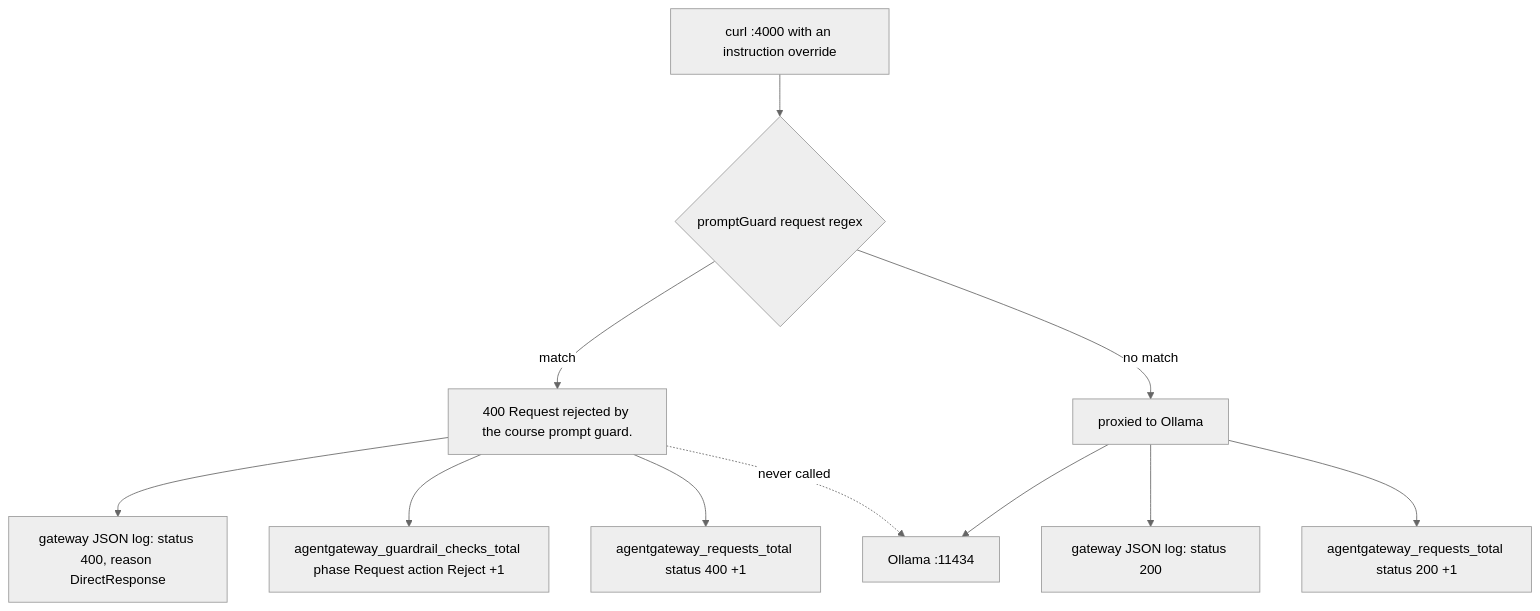
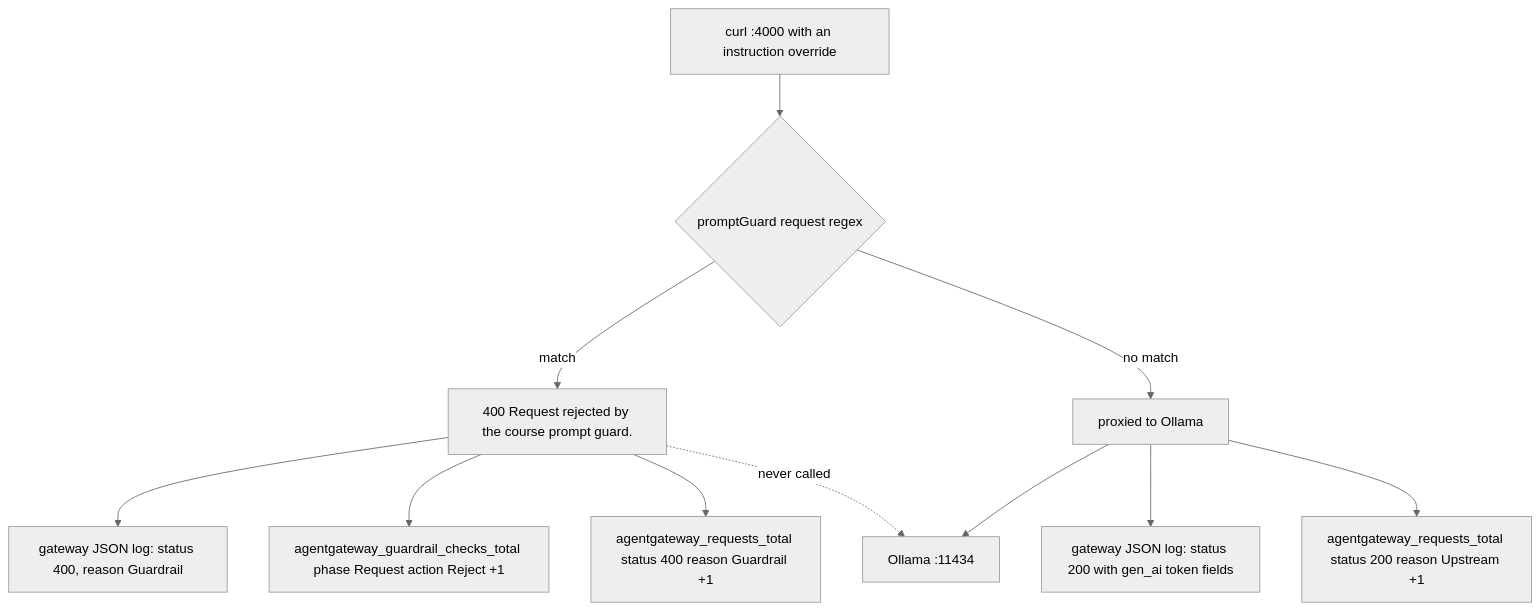
Before and after one commit to LuiGGi629/agentops-open-course: the first of 2 diagrams in content/5. Gateway/5.6. Gateway Observability.md, drawn with Mermaid (neutral theme). The commit also changed other lines of this file and 58 other files, not shown here.

````diff
--- a/content/5. Gateway/5.6. Gateway Observability.md
+++ b/content/5. Gateway/5.6. Gateway Observability.md
@@ -55,13 +34,13 @@
 ```mermaid
 flowchart TD
     Curl[curl :4000 with an instruction override] --> Guard{promptGuard request regex}
     Guard -->|match| Reject[400 Request rejected by the course prompt guard.]
-    Reject --> Log["gateway JSON log: status 400, reason DirectResponse"]
+    Reject --> Log["gateway JSON log: status 400, reason Guardrail"]
     Reject --> Metric["agentgateway_guardrail_checks_total phase Request action Reject +1"]
-    Reject --> Counter["agentgateway_requests_total status 400 +1"]
+    Reject --> Counter["agentgateway_requests_total status 400 reason Guardrail +1"]
     Reject -.->|never called| Ollama[Ollama :11434]
     Guard -->|no match| Allow[proxied to Ollama]
     Allow --> Ollama
-    Allow --> Log2["gateway JSON log: status 200"]
-    Allow --> Counter2["agentgateway_requests_total status 200 +1"]
+    Allow --> Log2["gateway JSON log: status 200 with gen_ai token fields"]
+    Allow --> Counter2["agentgateway_requests_total status 200 reason Upstream +1"]
 ```
````
